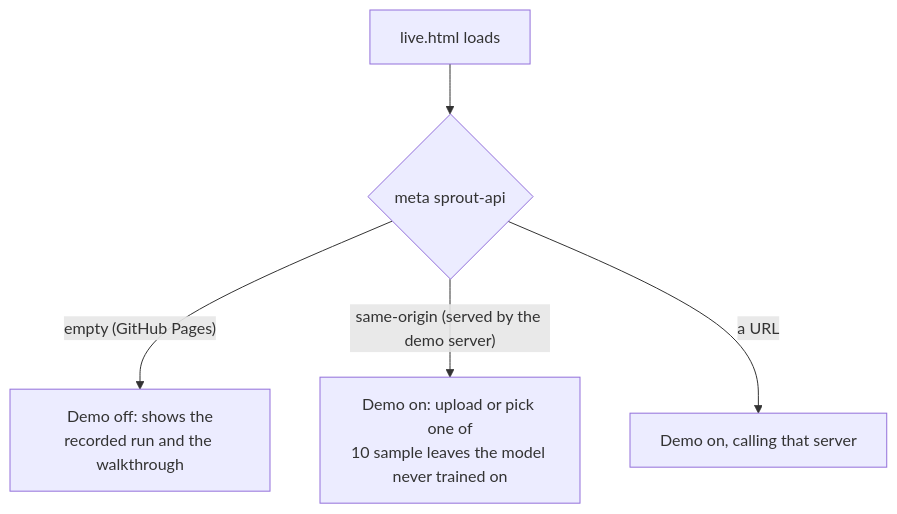
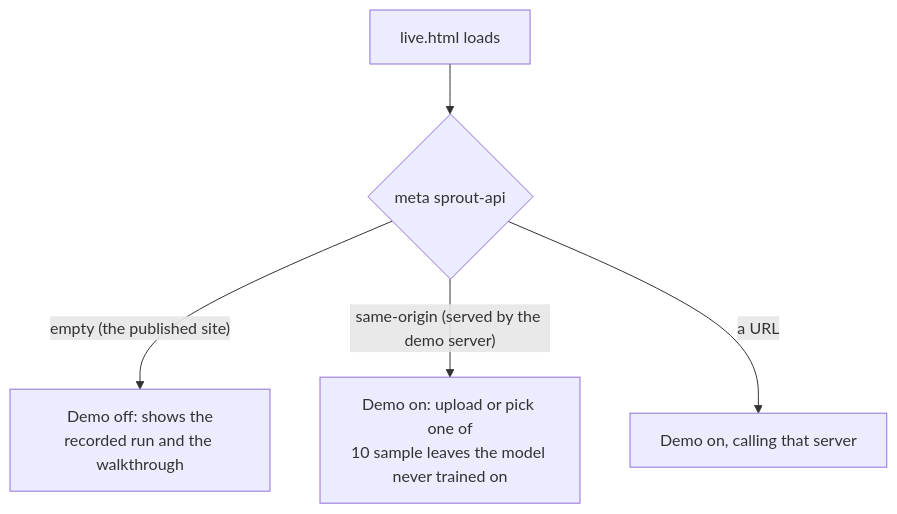
One commit to aakashksen/sprout changed the second of 3 diagrams in docs/architecture/website.md. Above: the diagram before and after it, drawn with Mermaid. The commit also changed other lines of this file and 3 other files, not shown here.

Commit message:
Host the site on Cloudflare Pages: drop the GitHub Pages workflow and update the docs

````diff
--- a/docs/architecture/website.md
+++ b/docs/architecture/website.md
@@ -22,7 +22,7 @@
 ```mermaid
 flowchart TD
     LOAD["live.html loads"] --> META{"meta sprout-api"}
-    META -->|"empty (GitHub Pages)"| OFF["Demo off: shows the<br/>recorded run and the walkthrough"]
+    META -->|"empty (the published site)"| OFF["Demo off: shows the<br/>recorded run and the walkthrough"]
     META -->|"same-origin (served by the demo server)"| ON["Demo on: upload or pick one of<br/>10 sample leaves the model never trained on"]
     META -->|"a URL"| REMOTE["Demo on, calling that server"]
 ```
````
